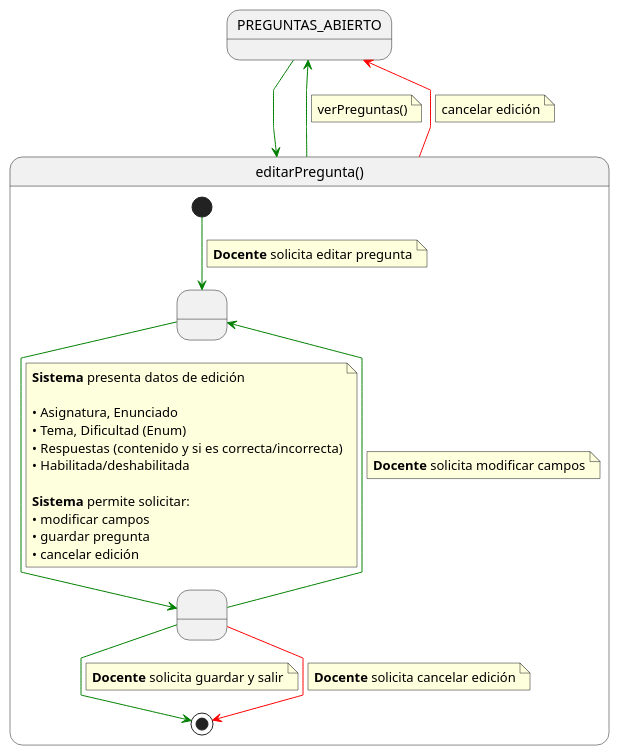
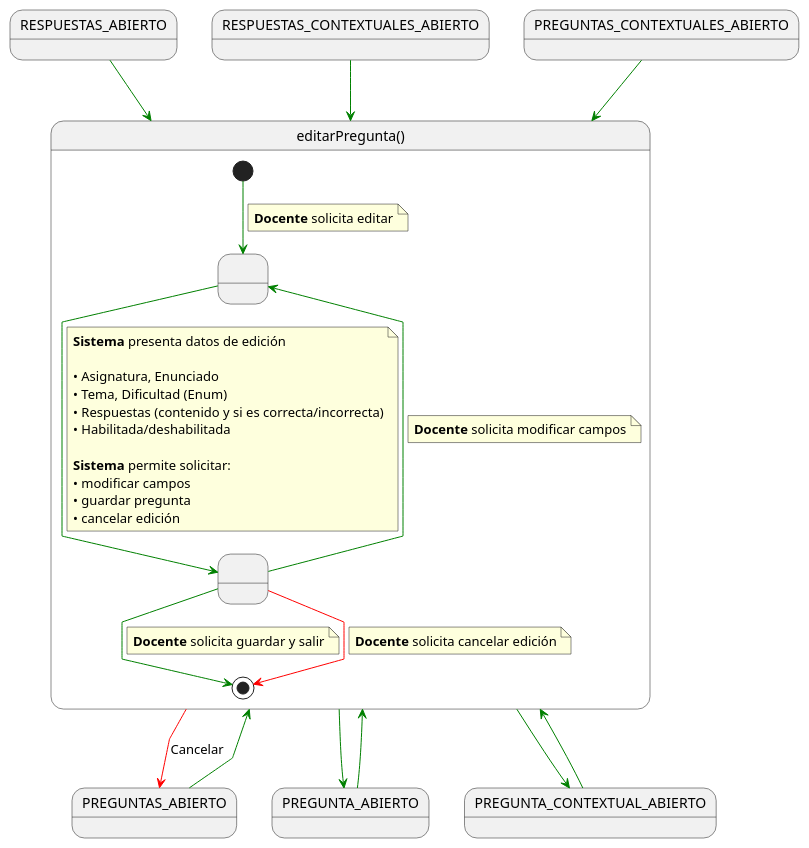
Before and after one commit to martinlopez7/25-26-IdSw1-SdR: the diagram in documents/casos-de-uso/detalladoCasosDeUso/editarPregunta/editarPregunta.puml, drawn with PlantUML. The commit also changed 1 other file, not shown here.

Commit message:
feat(cu): añade casos de uso a detallado de editarPregunta() [refs #70]

```diff
--- a/documents/casos-de-uso/detalladoCasosDeUso/editarPregunta/editarPregunta.puml
+++ b/documents/casos-de-uso/detalladoCasosDeUso/editarPregunta/editarPregunta.puml
@@ -1,59 +1,70 @@
 @startuml
 skinparam linetype polyline
 
+state RESPUESTAS_ABIERTO
+state RESPUESTAS_CONTEXTUALES_ABIERTO
 state PREGUNTAS_ABIERTO
+state PREGUNTAS_CONTEXTUALES_ABIERTO
+state PREGUNTA_ABIERTO
+state PREGUNTA_CONTEXTUAL_ABIERTO
 
+RESPUESTAS_ABIERTO -[#green]-> editarPregunta
+RESPUESTAS_CONTEXTUALES_ABIERTO -[#green]-> editarPregunta
 PREGUNTAS_ABIERTO -[#green]-> editarPregunta
+PREGUNTAS_CONTEXTUALES_ABIERTO -[#green]-> editarPregunta
+PREGUNTA_ABIERTO -[#green]-> editarPregunta
+PREGUNTA_CONTEXTUAL_ABIERTO -[#green]-> editarPregunta
 
 state editarPregunta as "editarPregunta()" {
 
     state " " as EditandoDatos
     state " " as GuardandoDatos 
 
     [*] -[#green]-> EditandoDatos 
     note on link
-    <b>Docente</b> solicita editar pregunta
+    <b>Docente</b> solicita editar
     end note    
     
     EditandoDatos -[#green]-> GuardandoDatos
     note on link
     <b>Sistema</b> presenta datos de edición
     
     • Asignatura, Enunciado
     • Tema, Dificultad (Enum)
     • Respuestas (contenido y si es correcta/incorrecta)
     • Habilitada/deshabilitada
 
     <b>Sistema</b> permite solicitar:
     • modificar campos
     • guardar pregunta
     • cancelar edición
     end note
     
     GuardandoDatos -[#green]-> EditandoDatos
     note on link
     <b>Docente</b> solicita modificar campos
     end note
     
     GuardandoDatos -[#green]-> [*]
     note on link
     <b>Docente</b> solicita guardar y salir
     end note
 
     GuardandoDatos -[#red]-> [*]
     note on link
     <b>Docente</b> solicita cancelar edición
     end note
 }
 
-editarPregunta -[#green]-> PREGUNTAS_ABIERTO
-note on link
-verPreguntas()
-end note
+' 3. Transiciones DE SALIDA desde editarPregunta
 
-editarPregunta -[#red]-> PREGUNTAS_ABIERTO
-note on link
-cancelar edición
-end note
+editarPregunta -[#green]-> PREGUNTA_ABIERTO
+
+
+editarPregunta -[#green]-> PREGUNTA_CONTEXTUAL_ABIERTO
+
+
+' Salida de cancelación (Opcional: regresa a la lista general o al origen)
+editarPregunta -[#red]-> PREGUNTAS_ABIERTO : Cancelar
 
 @enduml
```
